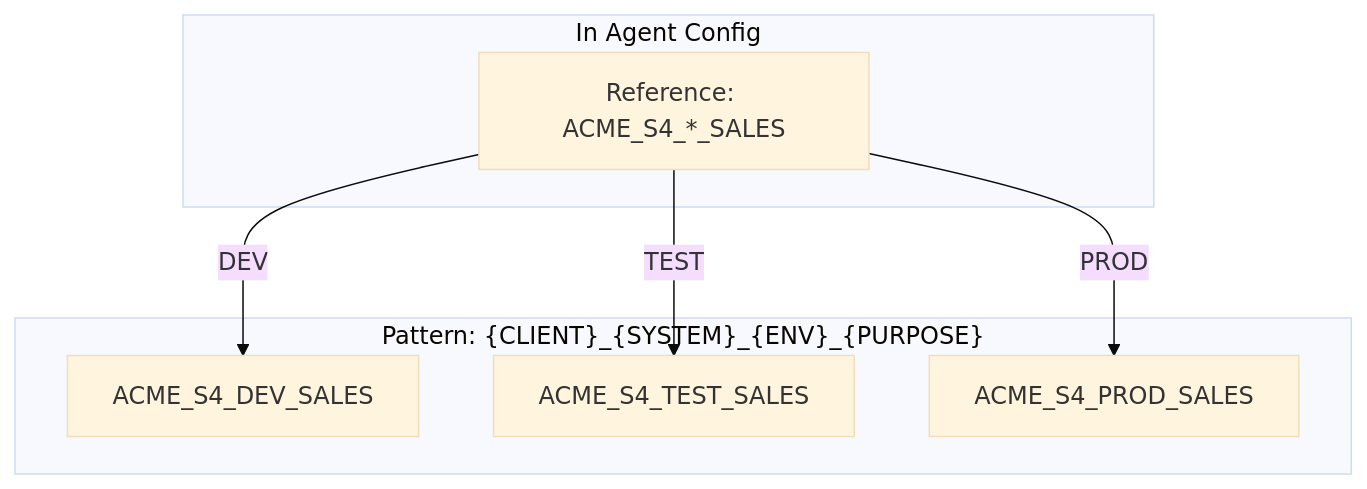
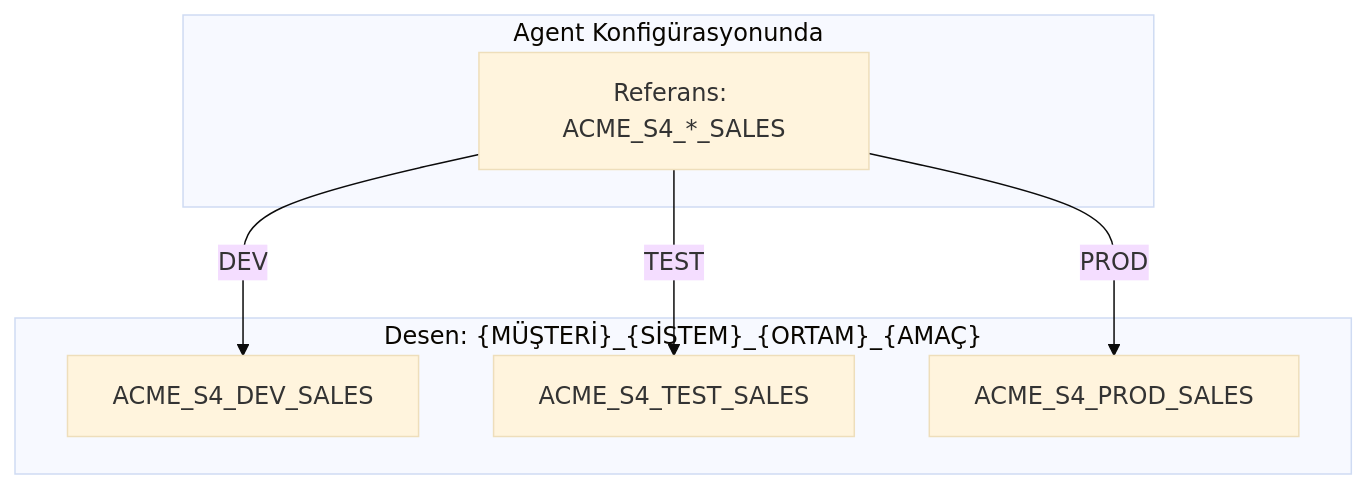
Before and after one commit to beyhanmeyrali/sap-all: the fifth of 9 diagrams in Technical Tutorials/BTP/TR/chapters/11-agent-lifecycle.md, drawn with Mermaid (base theme). The commit also changed other lines of this file and 11 other files, not shown here.

````diff
--- a/Technical Tutorials/BTP/TR/chapters/11-agent-lifecycle.md
+++ b/Technical Tutorials/BTP/TR/chapters/11-agent-lifecycle.md
@@ -243,16 +243,16 @@
 ```mermaid
 graph TD
-    subgraph "Pattern: {CLIENT}_{SYSTEM}_{ENV}_{PURPOSE}"
+    subgraph "Desen: {MÜŞTERİ}_{SİSTEM}_{ORTAM}_{AMAÇ}"
         D1[ACME_S4_DEV_SALES]
         D2[ACME_S4_TEST_SALES]
         D3[ACME_S4_PROD_SALES]
     end
 
-    subgraph "In Agent Config"
-        REF[Reference: ACME_S4_*_SALES]
+    subgraph "Agent Konfigürasyonunda"
+        REF[Referans: ACME_S4_*_SALES]
     end
 
     REF --> |"DEV"| D1
     REF --> |"TEST"| D2
     REF --> |"PROD"| D3
 ```
````
